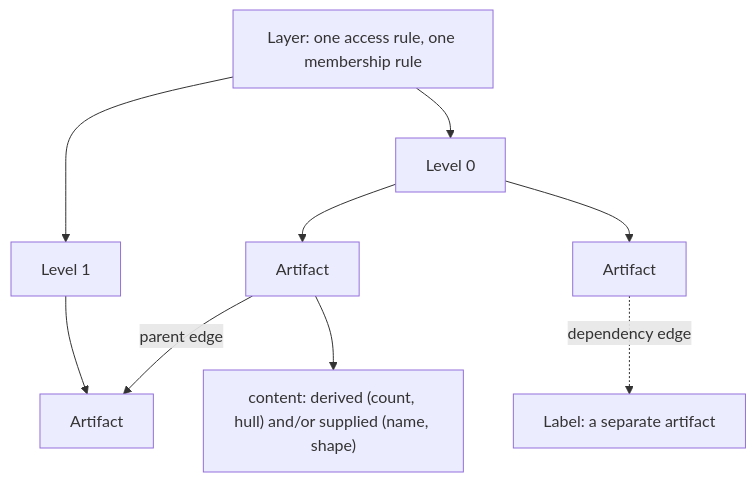
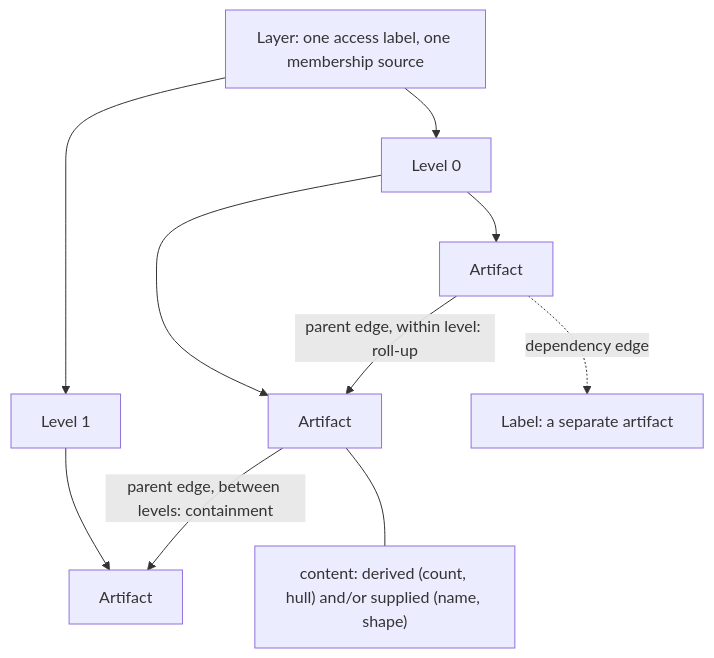
One commit to jennis0/tesseradb changed the first of 3 diagrams in docs/system/annotations.md. Above: the diagram before and after it, drawn with Mermaid. The commit also changed other lines of this file, not shown here.

````diff
--- a/docs/system/annotations.md
+++ b/docs/system/annotations.md
@@ -32,12 +24,13 @@
 ```mermaid
 flowchart TB
-  layer["Layer: one access rule, one membership rule"]
+  layer["Layer: one access label, one membership source"]
   layer --> level0["Level 0"]
   layer --> level1["Level 1"]
   level0 --> a1["Artifact"]
   level0 --> a2["Artifact"]
   level1 --> a3["Artifact"]
-  a1 -->|"parent edge"| a3
+  a2 -->|"parent edge, within level: roll-up"| a1
+  a1 -->|"parent edge, between levels: containment"| a3
   a2 -.->|"dependency edge"| label["Label: a separate artifact"]
-  a1 --> content["content: derived (count, hull) and/or supplied (name, shape)"]
+  a1 --- content["content: derived (count, hull) and/or supplied (name, shape)"]
 ```
````
